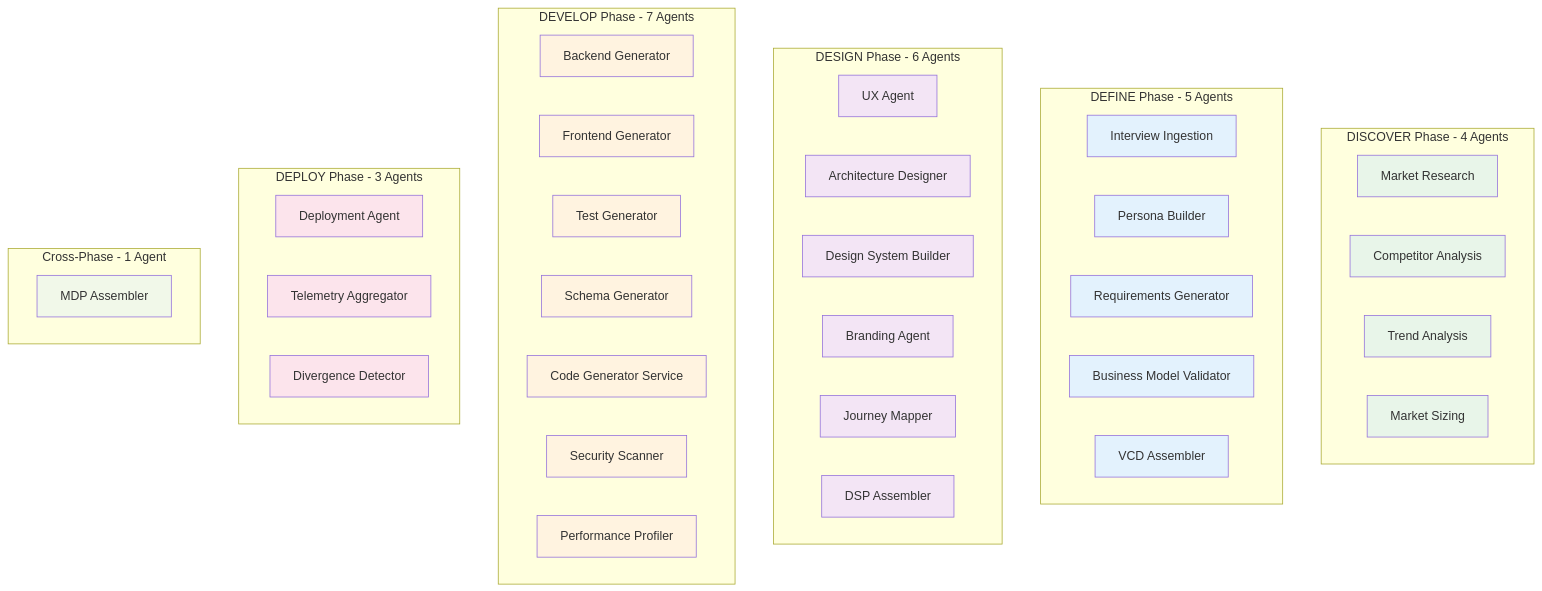
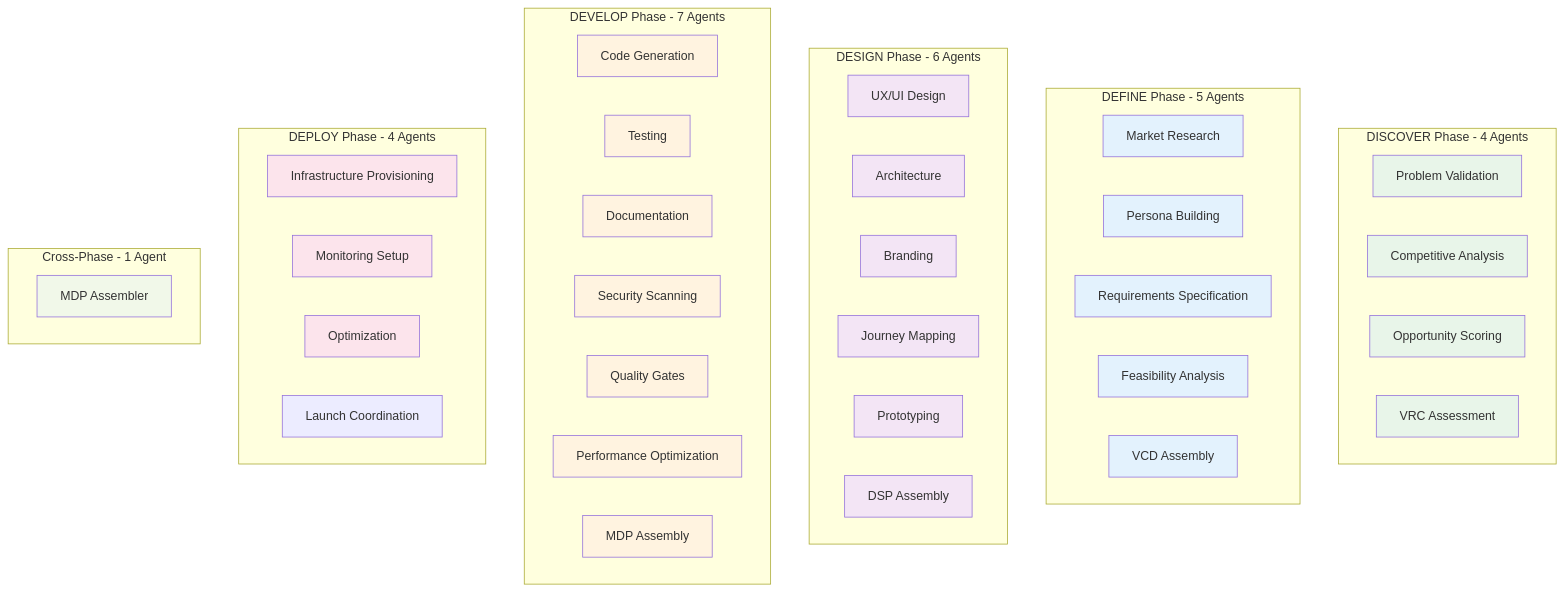
Before and after one commit to zaidmatargit/AugentisLabsSpecsReformed: the seventh of 22 diagrams in Architecture.md, drawn with Mermaid. The commit also changed other lines of this file and 13 other files, not shown here.

````diff
--- a/Architecture.md
+++ b/Architecture.md
@@ -318,78 +321,79 @@
 ```mermaid
 graph TB
     subgraph "DISCOVER Phase - 4 Agents"
-        D1["Market Research"]
-        D2["Competitor Analysis"]
-        D3["Trend Analysis"]
-        D4["Market Sizing"]
+        D1["Problem Validation"]
+        D2["Competitive Analysis"]
+        D3["Opportunity Scoring"]
+        D4["VRC Assessment"]
     end
 
     subgraph "DEFINE Phase - 5 Agents"
-        DE1["Interview Ingestion"]
-        DE2["Persona Builder"]
-        DE3["Requirements Generator"]
-        DE4["Business Model Validator"]
-        DE5["VCD Assembler"]
+        DE1["Market Research"]
+        DE2["Persona Building"]
+        DE3["Requirements Specification"]
+        DE4["Feasibility Analysis"]
+        DE5["VCD Assembly"]
     end
 
     subgraph "DESIGN Phase - 6 Agents"
-        DES1["UX Agent"]
-        DES2["Architecture Designer"]
-        DES3["Design System Builder"]
-        DES4["Branding Agent"]
-        DES5["Journey Mapper"]
-        DES6["DSP Assembler"]
+        DES1["UX/UI Design"]
+        DES2["Architecture"]
+        DES3["Branding"]
+        DES4["Journey Mapping"]
+        DES5["Prototyping"]
+        DES6["DSP Assembly"]
     end
 
     subgraph "DEVELOP Phase - 7 Agents"
-        DEV1["Backend Generator"]
-        DEV2["Frontend Generator"]
-        DEV3["Test Generator"]
-        DEV4["Schema Generator"]
-        DEV5["Code Generator Service"]
-        DEV6["Security Scanner"]
-        DEV7["Performance Profiler"]
+        DEV1["Code Generation"]
+        DEV2["Testing"]
+        DEV3["Documentation"]
+        DEV4["Security Scanning"]
+        DEV5["Quality Gates"]
+        DEV6["Performance Optimization"]
+        DEV7["MDP Assembly"]
     end
 
-    subgraph "DEPLOY Phase - 3 Agents"
-        DP1["Deployment Agent"]
-        DP2["Telemetry Aggregator"]
-        DP3["Divergence Detector"]
+    subgraph "DEPLOY Phase - 4 Agents"
+        DP1["Infrastructure Provisioning"]
+        DP2["Monitoring Setup"]
+        DP3["Optimization"]
+        DP4["Launch Coordination"]
     end
 
     subgraph "Cross-Phase - 1 Agent"
         CP1["MDP Assembler"]
     end
 
     style D1 fill:#e8f5e9
     style D2 fill:#e8f5e9
     style D3 fill:#e8f5e9
     style D4 fill:#e8f5e9
 
     style DE1 fill:#e3f2fd
     style DE2 fill:#e3f2fd
     style DE3 fill:#e3f2fd
     style DE4 fill:#e3f2fd
     style DE5 fill:#e3f2fd
 
     style DES1 fill:#f3e5f5
     style DES2 fill:#f3e5f5
     style DES3 fill:#f3e5f5
     style DES4 fill:#f3e5f5
     style DES5 fill:#f3e5f5
     style DES6 fill:#f3e5f5
 
     style DEV1 fill:#fff3e0
     style DEV2 fill:#fff3e0
     style DEV3 fill:#fff3e0
     style DEV4 fill:#fff3e0
     style DEV5 fill:#fff3e0
     style DEV6 fill:#fff3e0
     style DEV7 fill:#fff3e0
 
     style DP1 fill:#fce4ec
     style DP2 fill:#fce4ec
     style DP3 fill:#fce4ec
 
     style CP1 fill:#f1f8e9
 ```
````
